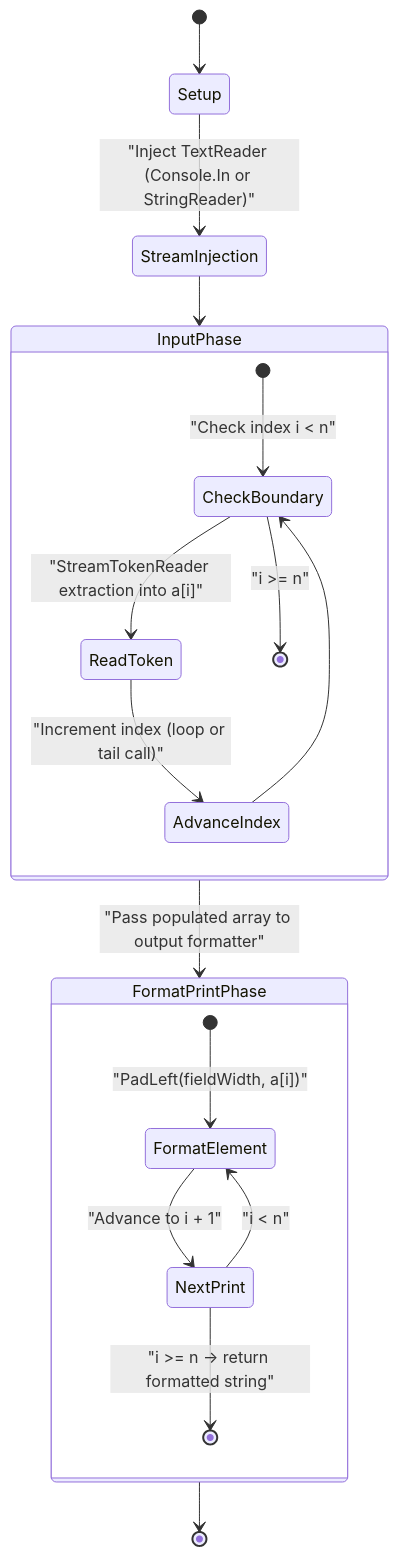
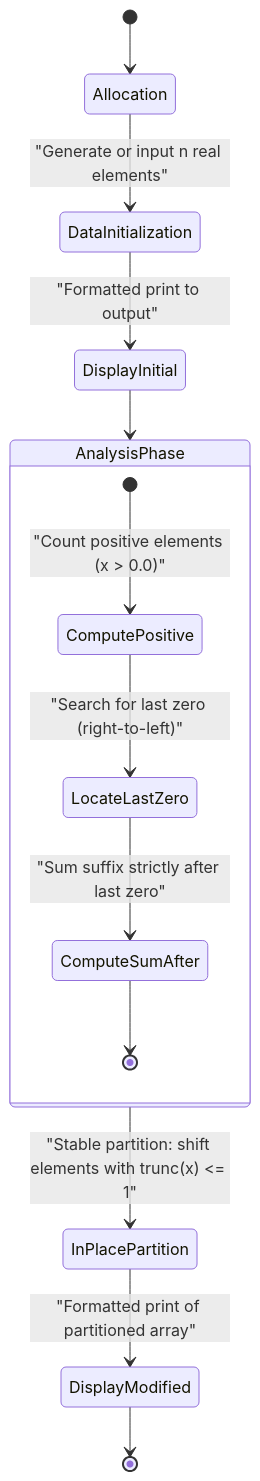
Before and after one commit to lviv-polytech/alg-cs-labs: the second of 3 diagrams in Lb6/README.md, drawn with Mermaid. The commit also changed other lines of this file and 4 other files, not shown here.

Commit message:
feat(lab-06): implement task 6.4 dynamic array analysis and stable partition

````diff
--- a/Lb6/README.md
+++ b/Lb6/README.md
@@ -78,25 +81,18 @@
 ```mermaid
 stateDiagram-v2
-    [*] --> Setup
-    Setup --> StreamInjection: "Inject TextReader (Console.In or StringReader)"
-    StreamInjection --> InputPhase
+    [*] --> Allocation
+    Allocation --> DataInitialization: "Generate or input n real elements"
+    DataInitialization --> DisplayInitial: "Formatted print to output"
+    DisplayInitial --> AnalysisPhase
     
-    state InputPhase {
-        [*] --> CheckBoundary: "Check index i < n"
-        CheckBoundary --> ReadToken: "StreamTokenReader extraction into a[i]"
-        ReadToken --> AdvanceIndex: "Increment index (loop or tail call)"
-        AdvanceIndex --> CheckBoundary
-        CheckBoundary --> [*]: "i >= n"
+    state AnalysisPhase {
+        [*] --> ComputePositive: "Count positive elements (x > 0.0)"
+        ComputePositive --> LocateLastZero: "Search for last zero (right-to-left)"
+        LocateLastZero --> ComputeSumAfter: "Sum suffix strictly after last zero"
+        ComputeSumAfter --> [*]
     }
     
-    InputPhase --> FormatPrintPhase: "Pass populated array to output formatter"
-    
-    state FormatPrintPhase {
-        [*] --> FormatElement: "PadLeft(fieldWidth, a[i])"
-        FormatElement --> NextPrint: "Advance to i + 1"
-        NextPrint --> FormatElement: "i < n"
-        NextPrint --> [*]: "i >= n -> return formatted string"
-    }
-    
-    FormatPrintPhase --> [*]
+    AnalysisPhase --> InPlacePartition: "Stable partition: shift elements with trunc(x) <= 1"
+    InPlacePartition --> DisplayModified: "Formatted print of partitioned array"
+    DisplayModified --> [*]
 ```
````
